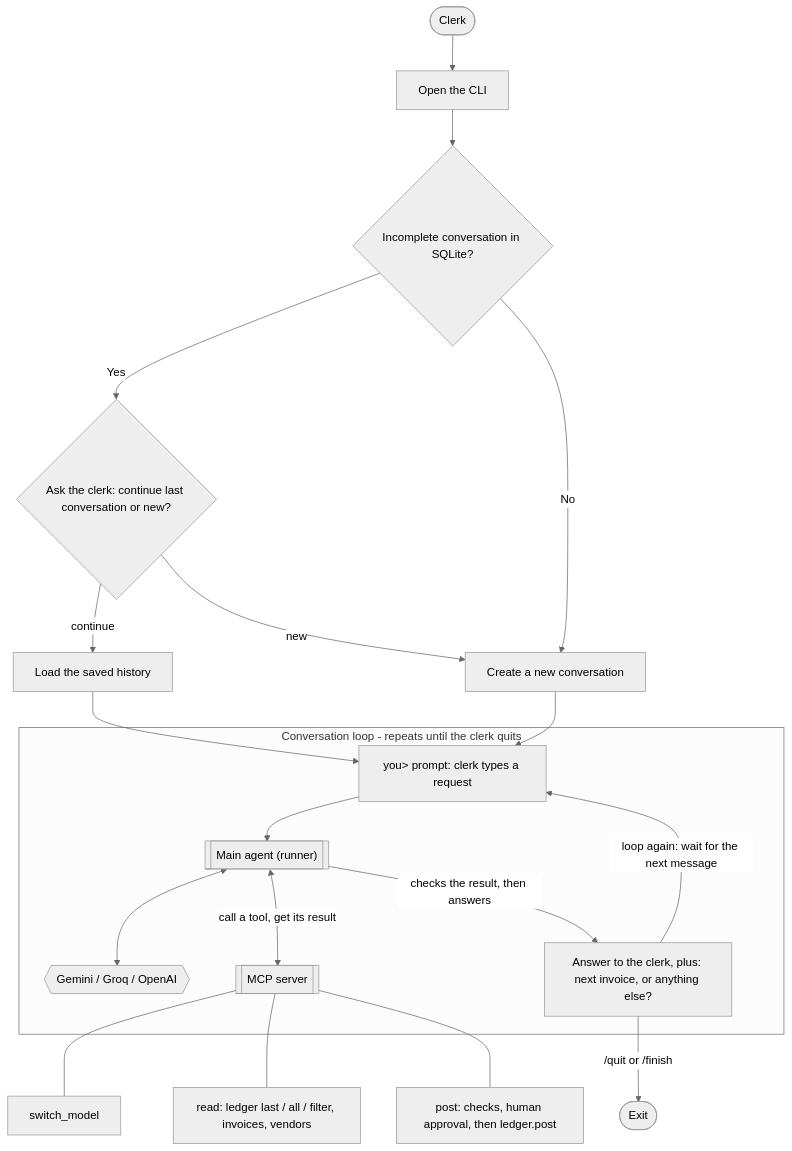
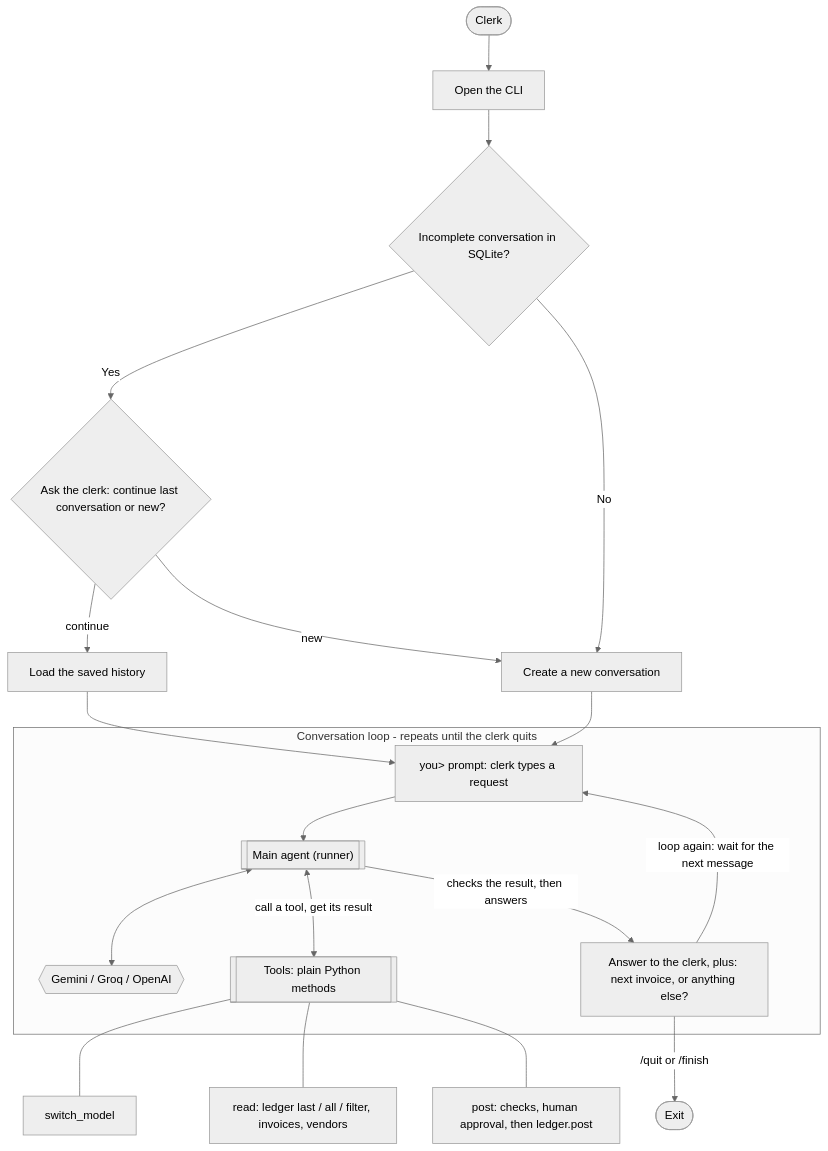
Before and after one commit to dixitbuild/fourX: the first of 5 diagrams in FourX_Agent_Implementation_Plan.md, drawn with Mermaid (neutral theme). The commit also changed other lines of this file and 8 other files, not shown here.

````diff
--- a/FourX_Agent_Implementation_Plan.md
+++ b/FourX_Agent_Implementation_Plan.md
@@ -106,24 +105,24 @@
 ```mermaid
 flowchart TD
     Clerk([Clerk]) --> Launch[Open the CLI]
     Launch --> Find{"Incomplete conversation in SQLite?"}
     Find -->|Yes| Ask{"Ask the clerk: continue last conversation or new?"}
     Ask -->|continue| Resume[Load the saved history]
     Ask -->|new| Create[Create a new conversation]
     Find -->|No| Create
     Resume --> Prompt
     Create --> Prompt
 
     subgraph Loop["Conversation loop - repeats until the clerk quits"]
         Prompt["you> prompt: clerk types a request"] --> Agent[["Main agent (runner)"]]
         Agent <--> Model{{Gemini / Groq / OpenAI}}
-        Agent <-->|"call a tool, get its result"| MCP[[MCP server]]
+        Agent <-->|"call a tool, get its result"| MCP[[Tools: plain Python methods]]
         Agent -->|"checks the result, then answers"| Answer["Answer to the clerk, plus: next invoice, or anything else?"]
         Answer -->|"loop again: wait for the next message"| Prompt
     end
 
     MCP --- Switch["switch_model"]
     MCP --- Read["read: ledger last / all / filter, invoices, vendors"]
     MCP --- Post["post: checks, human approval, then ledger.post"]
     Answer -->|"/quit or /finish"| End([Exit])
 ```
````
